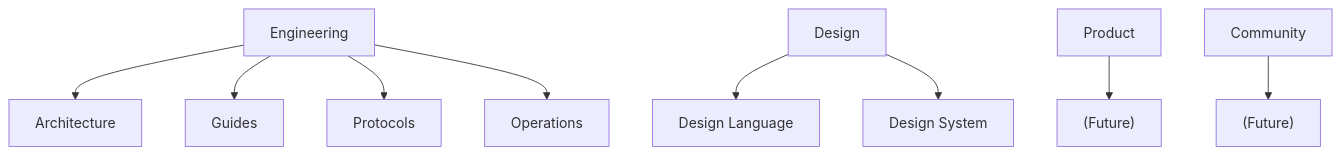
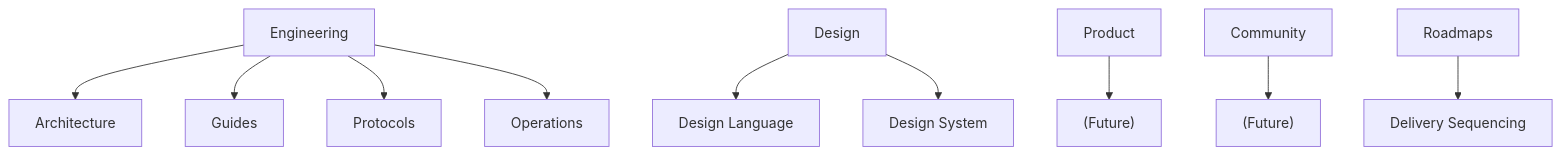
The first of 4 diagrams in docs/engineering/documentation/mdg-001-documentation-authority-guide/01-document-hierarchy.md (mosaic-media/mosaic-architecture), drawn with Mermaid before and after one commit. The commit also changed other lines of this file and 168 other files, not shown here.

Commit message:
docs: introduce roadmap and deferred proposal structure

````diff
--- a/docs/engineering/documentation/mdg-001-documentation-authority-guide/01-document-hierarchy.md
+++ b/docs/engineering/documentation/mdg-001-documentation-authority-guide/01-document-hierarchy.md
@@ -34,25 +34,28 @@
 ```mermaid
 flowchart TD
 
 N1["Engineering"]
 N2["Architecture"]
 N3["Guides"]
 N4["Protocols"]
 N5["Operations"]
 N6["Design"]
 N7["Design Language"]
 N8["Design System"]
 N9["Product"]
 N10["(Future)"]
 N11["Community"]
 N12["(Future)"]
+N13["Roadmaps"]
+N14["Delivery Sequencing"]
 
 N1 --> N2
 N1 --> N3
 N1 --> N4
 N1 --> N5
 N6 --> N7
 N6 --> N8
 N9 --> N10
 N11 --> N12
+N13 --> N14
 ```
````
